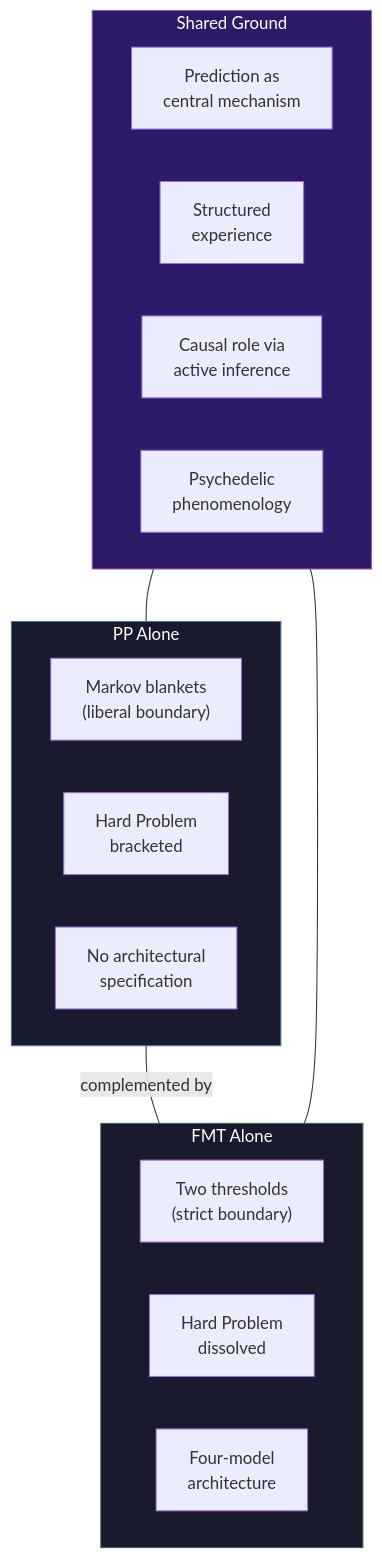
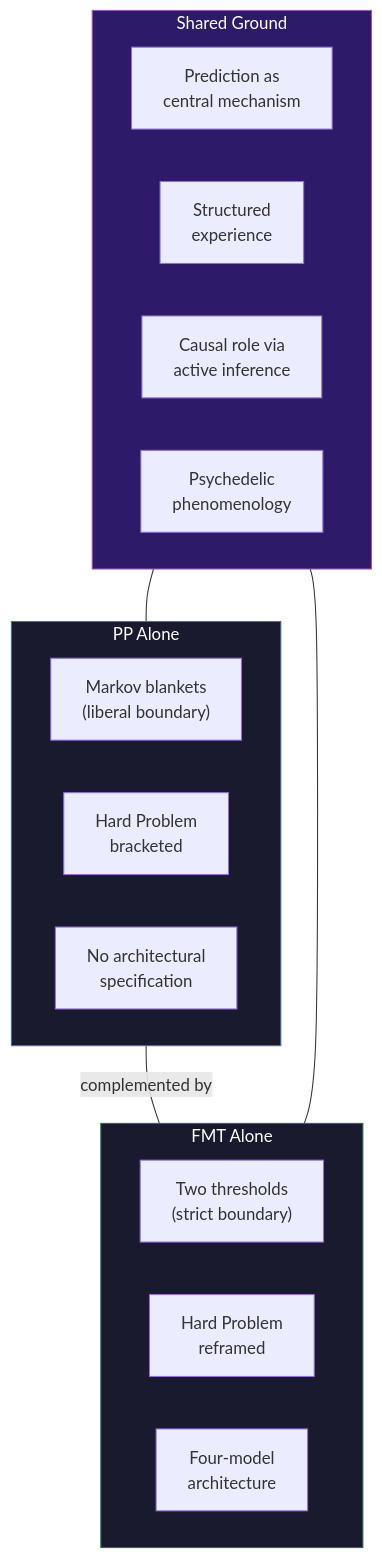
One commit to JeltzProstetnic/aIware changed the diagram in wiki/comparative/vs-pp.md. Above: the diagram before and after it, drawn with Mermaid. The commit also changed other lines of this file and 124 other files, not shown here.

````diff
--- a/wiki/comparative/vs-pp.md
+++ b/wiki/comparative/vs-pp.md
@@ -43,29 +43,29 @@
 ```mermaid
 graph TB
     subgraph OVERLAP["Shared Ground"]
         O1["Prediction as<br/>central mechanism"]
         O2["Structured<br/>experience"]
         O3["Causal role via<br/>active inference"]
         O4["Psychedelic<br/>phenomenology"]
     end
 
     subgraph PP_ONLY["PP Alone"]
         P1["Markov blankets<br/>(liberal boundary)"]
         P2["Hard Problem<br/>bracketed"]
         P3["No architectural<br/>specification"]
     end
 
     subgraph FMT_ONLY["FMT Alone"]
         F1["Two thresholds<br/>(strict boundary)"]
-        F2["Hard Problem<br/>dissolved"]
+        F2["Hard Problem<br/>reframed"]
         F3["Four-model<br/>architecture"]
     end
 
     PP_ONLY ---|"complemented by"| FMT_ONLY
     OVERLAP --- PP_ONLY
     OVERLAP --- FMT_ONLY
 
     style OVERLAP fill:#2d1b69,stroke:#9b59b6,color:#fff
     style PP_ONLY fill:#1a1a2e,stroke:#4a6fa5,color:#fff
     style FMT_ONLY fill:#1a1a2e,stroke:#2d6a4f,color:#fff
 ```
````
